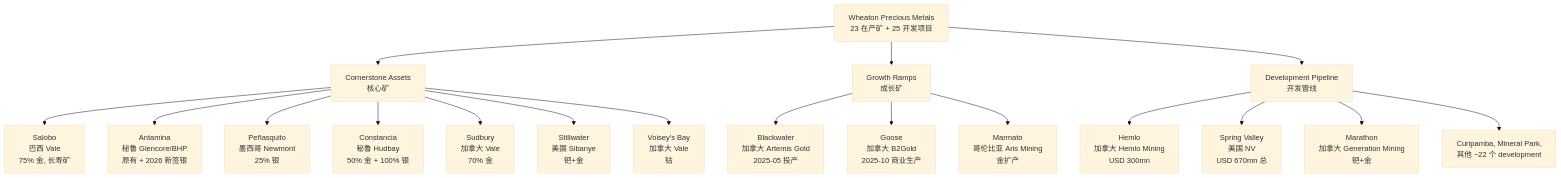
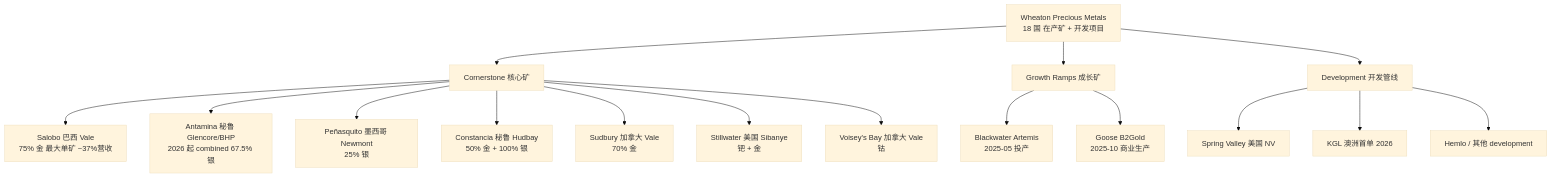
One commit to dadachundan/financial_agent changed the second of 3 diagrams in reports/company/WheatonPreciousMetals_NYSE_WPM/WheatonPreciousMetals_NYSE_WPM_公司研究.md. Above: the diagram before and after it, drawn with Mermaid (base theme). The commit also changed other lines of this file and 8 other files, not shown here.

First line of the commit message:
feat(company-research): refresh Wheaton Precious Metals (WPM) to current spec

````diff
--- a/reports/company/WheatonPreciousMetals_NYSE_WPM/WheatonPreciousMetals_NYSE_WPM_公司研究.md
+++ b/reports/company/WheatonPreciousMetals_NYSE_WPM/WheatonPreciousMetals_NYSE_WPM_公司研究.md
@@ -155,24 +692,19 @@
 ```mermaid
 graph TD
-    A[Wheaton Precious Metals<br/>23 在产矿 + 25 开发项目]
-    A --> B[Cornerstone Assets<br/>核心矿]
-    A --> C[Growth Ramps<br/>成长矿]
-    A --> D[Development Pipeline<br/>开发管线]
-    
-    B --> B1[Salobo<br/>巴西 Vale<br/>75% 金, 长寿矿]
-    B --> B2[Antamina<br/>秘鲁 Glencore/BHP<br/>原有 + 2026 新签银]
-    B --> B3[Peñasquito<br/>墨西哥 Newmont<br/>25% 银]
-    B --> B4[Constancia<br/>秘鲁 Hudbay<br/>50% 金 + 100% 银]
-    B --> B5[Sudbury<br/>加拿大 Vale<br/>70% 金]
-    B --> B6[Stillwater<br/>美国 Sibanye<br/>钯+金]
-    B --> B7[Voisey's Bay<br/>加拿大 Vale<br/>钴]
-    
-    C --> C1[Blackwater<br/>加拿大 Artemis Gold<br/>2025-05 投产]
-    C --> C2[Goose<br/>加拿大 B2Gold<br/>2025-10 商业生产]
-    C --> C3[Marmato<br/>哥伦比亚 Aris Mining<br/>金扩产]
-    
-    D --> D1[Hemlo<br/>加拿大 Hemlo Mining<br/>USD 300mn]
-    D --> D2[Spring Valley<br/>美国 NV<br/>USD 670mn 总]
-    D --> D3[Marathon<br/>加拿大 Generation Mining<br/>钯+金]
-    D --> D4[Curipamba, Mineral Park,<br/>其他 ~22 个 development]
+    A[Wheaton Precious Metals<br/>18 国 在产矿 + 开发项目]
+    A --> B[Cornerstone 核心矿]
+    A --> C[Growth Ramps 成长矿]
+    A --> D[Development 开发管线]
+    B --> B1[Salobo 巴西 Vale<br/>75% 金 最大单矿 ~37%营收]
+    B --> B2[Antamina 秘鲁 Glencore/BHP<br/>2026 起 combined 67.5% 银]
+    B --> B3[Peñasquito 墨西哥 Newmont<br/>25% 银]
+    B --> B4[Constancia 秘鲁 Hudbay<br/>50% 金 + 100% 银]
+    B --> B5[Sudbury 加拿大 Vale<br/>70% 金]
+    B --> B6[Stillwater 美国 Sibanye<br/>钯 + 金]
+    B --> B7[Voisey's Bay 加拿大 Vale<br/>钴]
+    C --> C1[Blackwater Artemis<br/>2025-05 投产]
+    C --> C2[Goose B2Gold<br/>2025-10 商业生产]
+    D --> D1[Spring Valley 美国 NV]
+    D --> D2[KGL 澳洲首单 2026]
+    D --> D3[Hemlo / 其他 development]
 ```
````
